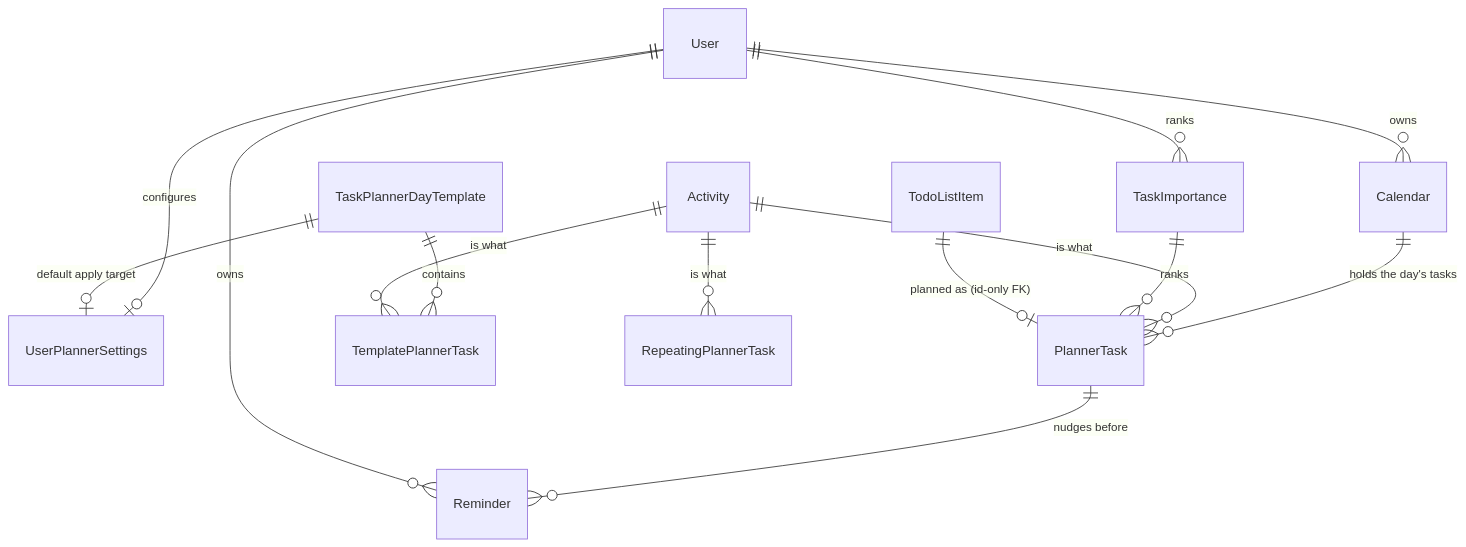
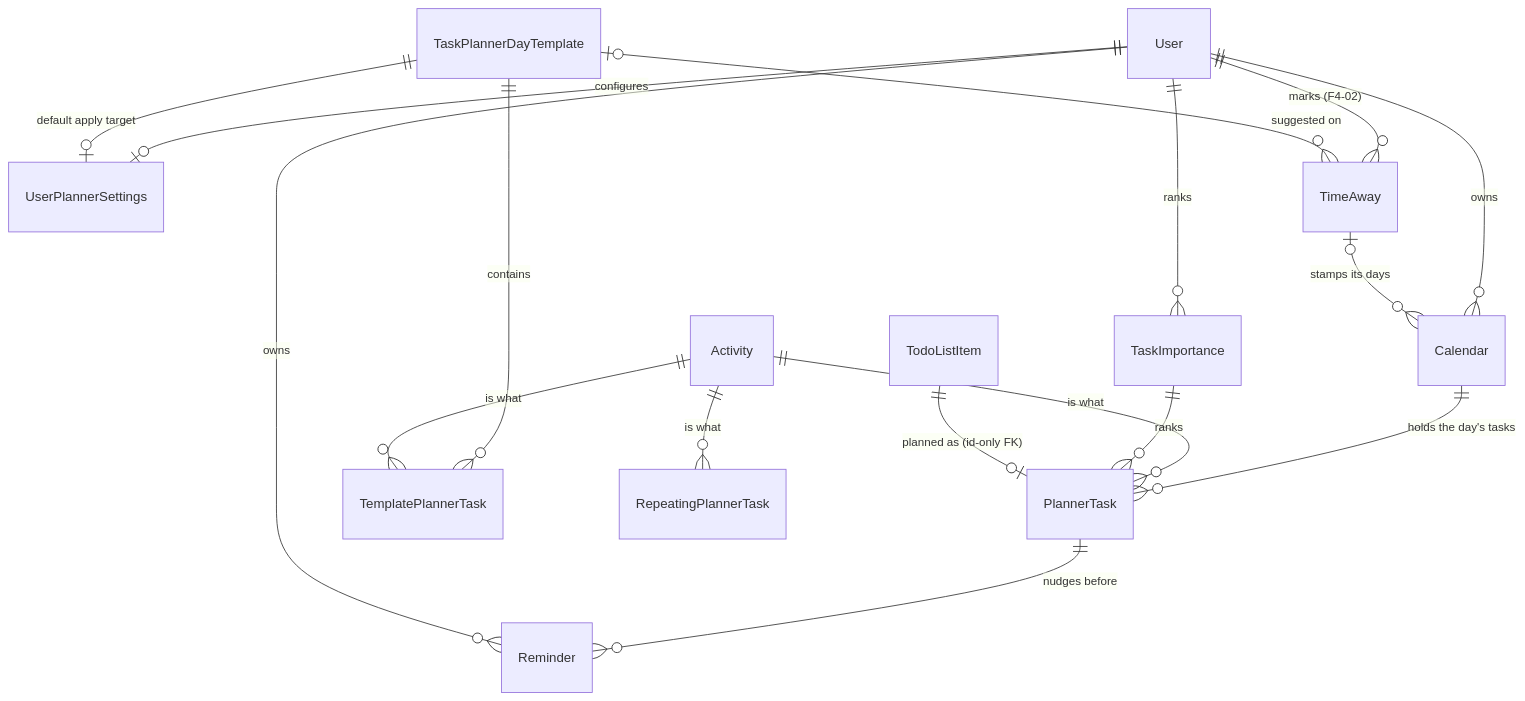
One commit to sydowwe/AdhdTimeOrganizer_backend changed the diagram in AdhdTimeOrganizer.Planning/docs/domain-map.md. Above: the diagram before and after it, drawn with Mermaid. The commit also changed other lines of this file and 34 other files, not shown here.

````diff
--- a/AdhdTimeOrganizer.Planning/docs/domain-map.md
+++ b/AdhdTimeOrganizer.Planning/docs/domain-map.md
@@ -8,16 +8,19 @@
 ```mermaid
 erDiagram
     User ||--o{ Calendar : owns
     User ||--o| UserPlannerSettings : configures
     User ||--o{ TaskImportance : ranks
     Calendar ||--o{ PlannerTask : "holds the day's tasks"
     Activity ||--o{ PlannerTask : "is what"
     TaskImportance ||--o{ PlannerTask : ranks
     TodoListItem ||--o| PlannerTask : "planned as (id-only FK)"
     TaskPlannerDayTemplate ||--o{ TemplatePlannerTask : contains
     TaskPlannerDayTemplate ||--o| UserPlannerSettings : "default apply target"
     Activity ||--o{ RepeatingPlannerTask : "is what"
     Activity ||--o{ TemplatePlannerTask : "is what"
     PlannerTask ||--o{ Reminder : "nudges before"
     User ||--o{ Reminder : owns
+    User ||--o{ TimeAway : "marks (F4-02)"
+    TimeAway |o--o{ Calendar : "stamps its days"
+    TaskPlannerDayTemplate |o--o{ TimeAway : "suggested on"
 ```
````
